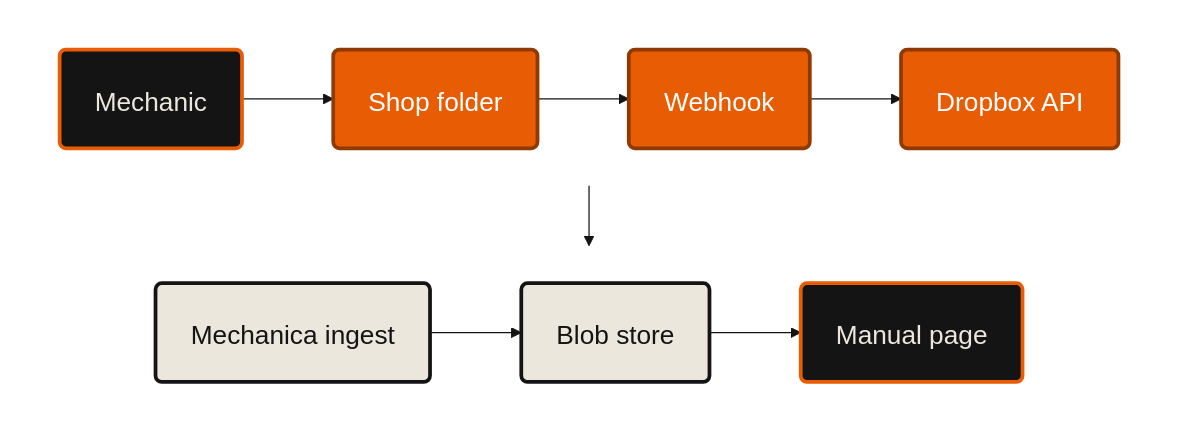
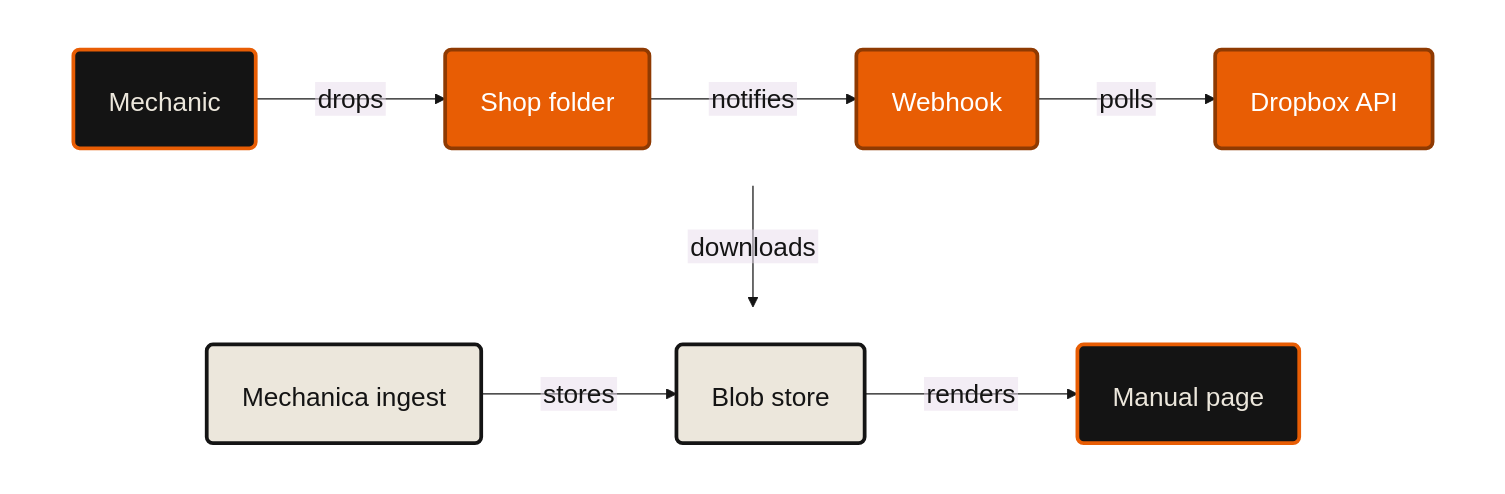
Before and after one commit to lxorb/mechanica: the diagram in docs/pitches/dropbox/folder-sync.mmd, drawn with Mermaid. The commit also changed 140 other files, not shown here.

```diff
--- a/docs/pitches/dropbox/folder-sync.mmd
+++ b/docs/pitches/dropbox/folder-sync.mmd
@@ -1,18 +1,18 @@
-%%{init: {"theme":"base","htmlLabels":false,"themeVariables":{"fontSize":"21px","fontFamily":"Barlow","lineColor":"#141414","primaryColor":"#ece7dc","primaryTextColor":"#141414","primaryBorderColor":"#141414","background":"#ffffff"},"flowchart":{"curve":"linear","htmlLabels":false,"nodeSpacing":40,"rankSpacing":48,"padding":28,"useMaxWidth":false}}}%%
+%%{init: {"theme":"base","htmlLabels":false,"themeVariables":{"fontSize":"21px","fontFamily":"Barlow","lineColor":"#141414","primaryColor":"#ece7dc","primaryTextColor":"#141414","primaryBorderColor":"#141414","background":"#ffffff"},"flowchart":{"curve":"linear","htmlLabels":false,"nodeSpacing":40,"rankSpacing":70,"padding":28,"useMaxWidth":false}}}%%
 flowchart TB
   subgraph R1[" "]
     direction LR
-    MECH("Mechanic"):::ends --> FLD("Shop folder"):::them --> WH("Webhook"):::them --> API("Dropbox API"):::them
+    MECH("Mechanic"):::ends -- "drops" --> FLD("Shop folder"):::them -- "notifies" --> WH("Webhook"):::them -- "polls" --> API("Dropbox API"):::them
   end
   subgraph R2[" "]
     direction LR
-    ING("Mechanica ingest"):::ours --> BLOB("Blob store"):::ours --> PAGE("Manual page"):::ends
+    ING("Mechanica ingest"):::ours -- "stores" --> BLOB("Blob store"):::ours -- "renders" --> PAGE("Manual page"):::ends
   end
 
-  R1 --> R2
+  R1 -- "downloads" --> R2
 
   classDef ends fill:#141414,stroke:#e85d04,stroke-width:3px,color:#ece7dc
   classDef ours fill:#ece7dc,stroke:#141414,stroke-width:3px,color:#141414
   classDef them fill:#e85d04,stroke:#8f3a02,stroke-width:3px,color:#ffffff
   style R1 fill:none,stroke:none
   style R2 fill:none,stroke:none
```
